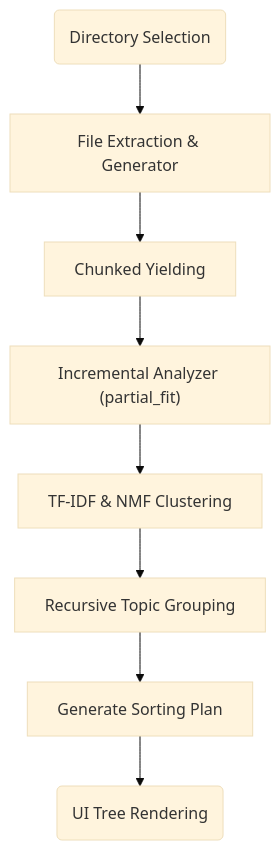
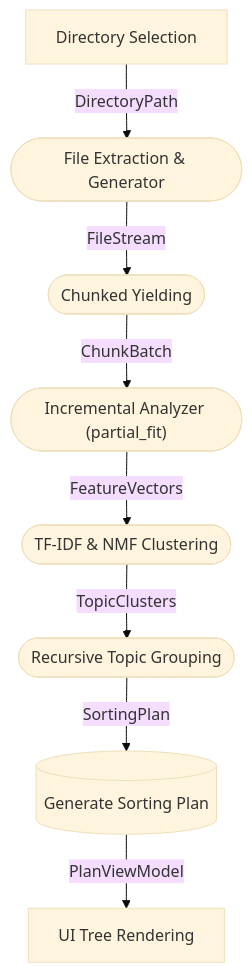
Before and after one commit to fderuiter/sortify: the diagram in docs/assets/diagrams/architecture_dataflow.mmd, drawn with Mermaid (base theme). The commit also changed 6 other files, not shown here.

First line of the commit message:
feat(ui): add DataFlowDiagramSpec schema with dedicated DFD primitive models

```diff
--- a/docs/assets/diagrams/architecture_dataflow.mmd
+++ b/docs/assets/diagrams/architecture_dataflow.mmd
@@ -1,24 +1,24 @@
 graph TD
-    A("Directory Selection")
-    B["File Extraction & Generator"]
-    C["Chunked Yielding"]
-    D["Incremental Analyzer (partial_fit)"]
-    E["TF-IDF & NMF Clustering"]
-    F["Recursive Topic Grouping"]
-    G["Generate Sorting Plan"]
-    H("UI Tree Rendering")
-    A --> B
-    B --> C
-    C --> D
-    D --> E
-    E --> F
-    F --> G
-    G --> H
+    A["Directory Selection"]
+    B(["File Extraction & Generator"])
+    C(["Chunked Yielding"])
+    D(["Incremental Analyzer (partial_fit)"])
+    E(["TF-IDF & NMF Clustering"])
+    F(["Recursive Topic Grouping"])
+    G[("Generate Sorting Plan")]
+    H["UI Tree Rendering"]
+    A -->|DirectoryPath| B
+    B -->|FileStream| C
+    C -->|ChunkBatch| D
+    D -->|FeatureVectors| E
+    E -->|TopicClusters| F
+    F -->|SortingPlan| G
+    G -->|PlanViewModel| H
     click A "docs/user_guide.md#first-run-steps--setup-wizard" "Directory Selection Step"
     click B "docs/user_guide.md#supported-file-formats" "File Extraction Step"
     click C tooltip "Chunked Yielding Step"
     click D tooltip "Analyzer Step"
     click E "docs/user_guide.md#ai-clustering-constraints" "Clustering Step"
     click F tooltip "Topic Grouping Step"
     click G tooltip "Sorting Plan Step"
     click H "docs/ui.md#appuiplan_treeview" "UI Rendering Step"
```
